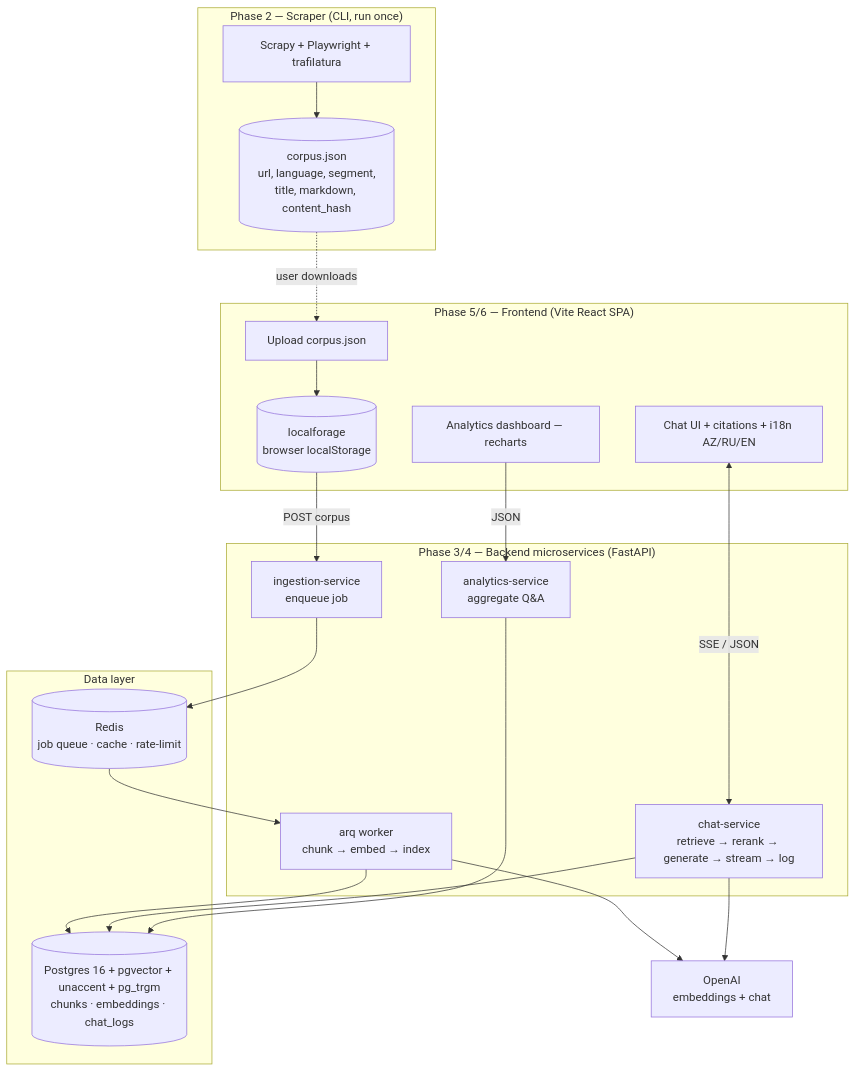
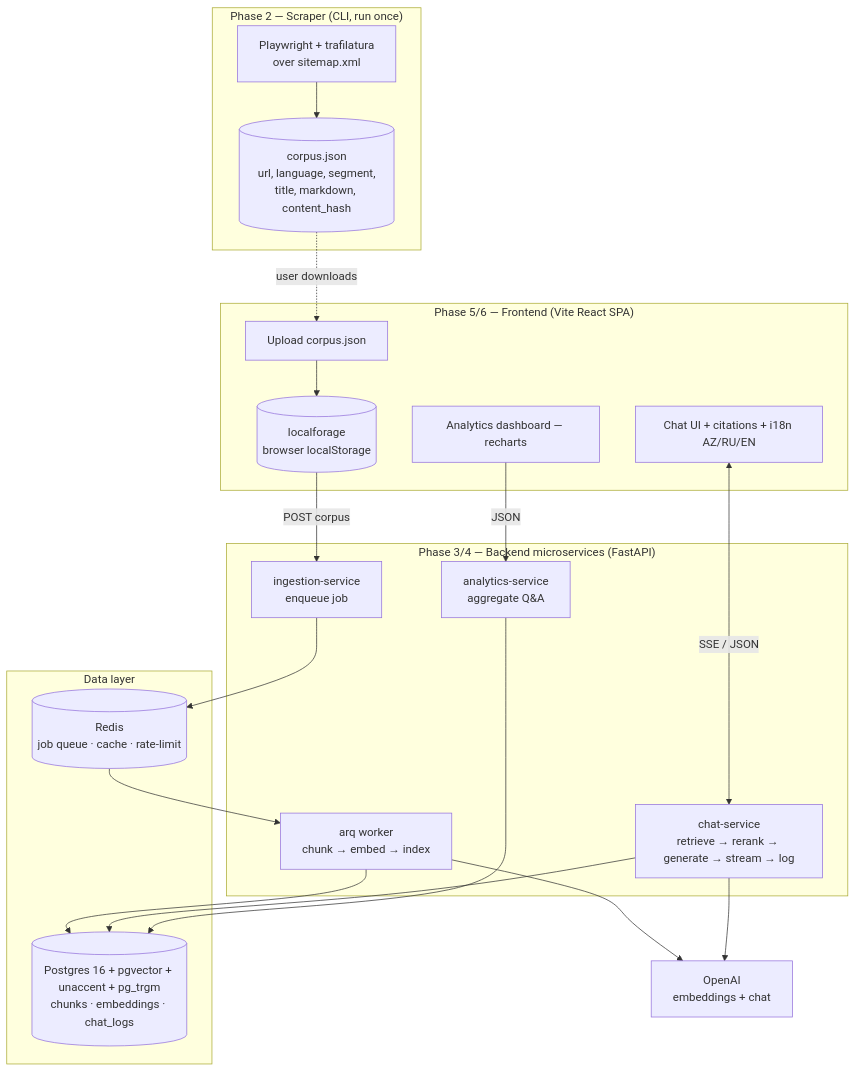
One commit to David-Vice/assessment-abb changed the diagram in .plans/00-master-plan.md. Above: the diagram before and after it, drawn with Mermaid. The commit also changed other lines of this file and 22 other files, not shown here.

````diff
--- a/.plans/00-master-plan.md
+++ b/.plans/00-master-plan.md
@@ -63,36 +63,36 @@
 ```mermaid
 flowchart TB
   subgraph Scrape["Phase 2 — Scraper (CLI, run once)"]
-    SC[Scrapy + Playwright + trafilatura] --> CORPUS[(corpus.json<br/>url, language, segment,<br/>title, markdown, content_hash)]
+    SC[Playwright + trafilatura<br/>over sitemap.xml] --> CORPUS[(corpus.json<br/>url, language, segment,<br/>title, markdown, content_hash)]
   end
 
   subgraph Web["Phase 5/6 — Frontend (Vite React SPA)"]
     UP[Upload corpus.json] --> LF[(localforage<br/>browser localStorage)]
     CHATUI[Chat UI + citations + i18n AZ/RU/EN]
     DASH[Analytics dashboard — recharts]
   end
 
   subgraph API["Phase 3/4 — Backend microservices (FastAPI)"]
     ING[ingestion-service<br/>enqueue job]
     WORKER[arq worker<br/>chunk → embed → index]
     CHAT[chat-service<br/>retrieve → rerank → generate → stream → log]
     AN[analytics-service<br/>aggregate Q&A]
   end
 
   subgraph Data["Data layer"]
     PG[(Postgres 16 + pgvector + unaccent + pg_trgm<br/>chunks · embeddings · chat_logs)]
     REDIS[(Redis<br/>job queue · cache · rate-limit)]
   end
 
   OAI[OpenAI<br/>embeddings + chat]
 
   CORPUS -. user downloads .-> UP
   LF -->|POST corpus| ING
   ING --> REDIS --> WORKER
   WORKER --> PG
   WORKER --> OAI
   CHATUI <-->|SSE / JSON| CHAT
   CHAT --> PG
   CHAT --> OAI
   DASH -->|JSON| AN --> PG
 ```
````
